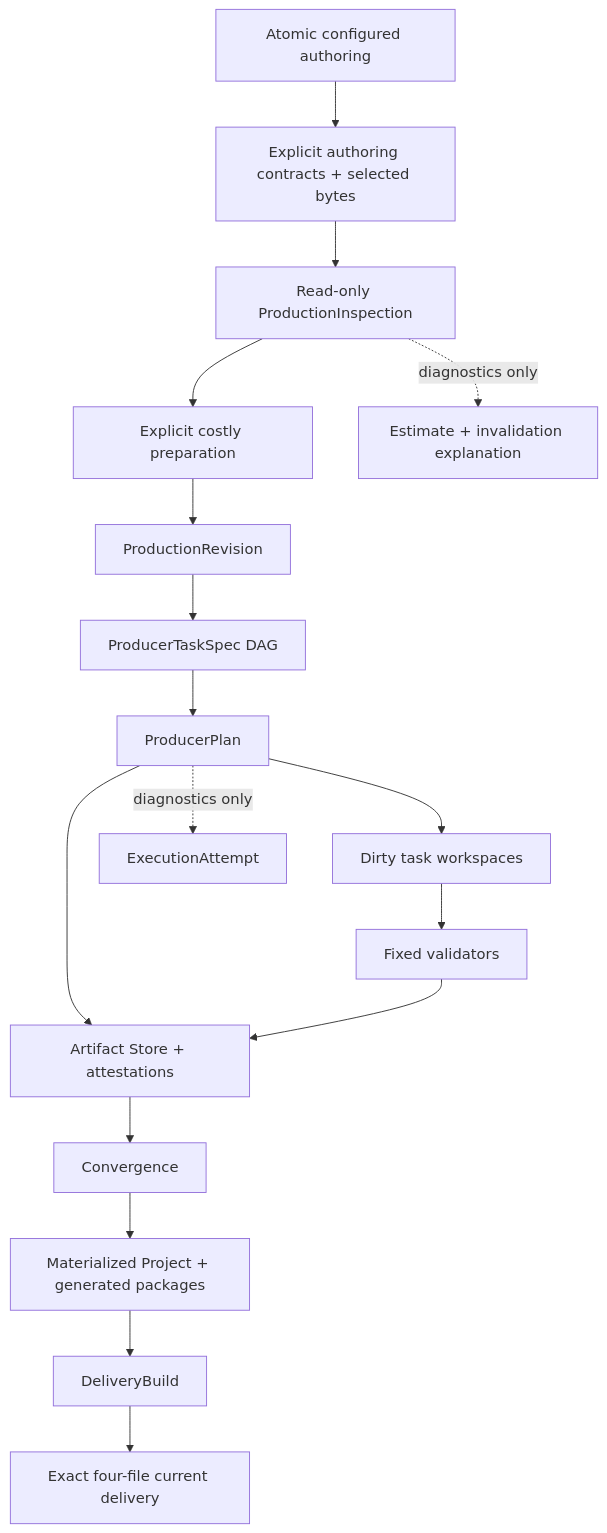
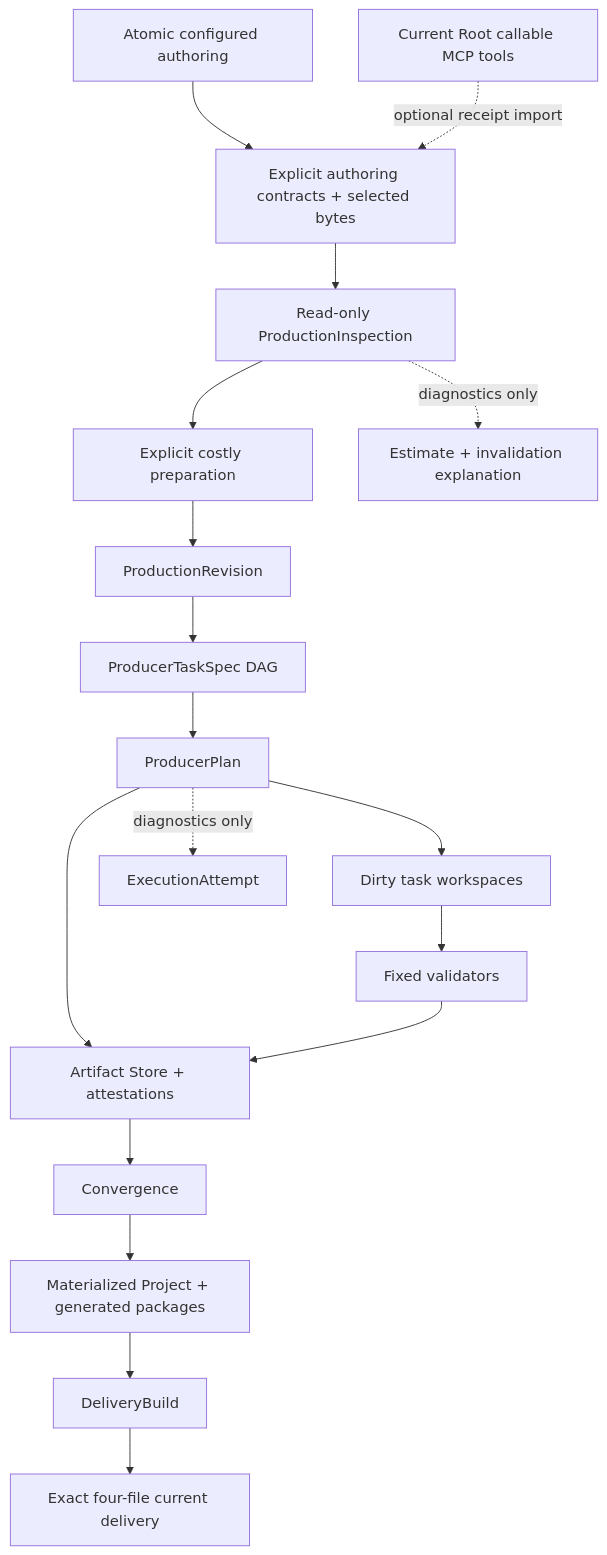
Before and after one commit to AXMORF/axmorf-studio: the diagram in docs/ARCHITECTURE.md, drawn with Mermaid. The commit also changed other lines of this file and 10 other files, not shown here.

Commit message:
feat(production): make external asset MCP optional

````diff
--- a/docs/ARCHITECTURE.md
+++ b/docs/ARCHITECTURE.md
@@ -29,19 +29,20 @@
 ```mermaid
 flowchart TD
   Create[Atomic configured authoring] --> Inputs[Explicit authoring contracts + selected bytes]
+  AgentTools[Current Root callable MCP tools] -. optional receipt import .-> Inputs
   Inputs --> Inspection[Read-only ProductionInspection]
   Inspection --> Prepare[Explicit costly preparation]
   Prepare --> Revision[ProductionRevision]
   Revision --> Tasks[ProducerTaskSpec DAG]
   Tasks --> Plan[ProducerPlan]
   Plan --> Work[Dirty task workspaces]
   Plan --> Artifacts[Reused artifacts]
   Work --> Validator[Fixed validators]
   Validator --> Artifacts[Artifact Store + attestations]
   Artifacts --> Converge[Convergence]
   Converge --> Live[Materialized Project + generated packages]
   Live --> Delivery[DeliveryBuild]
   Delivery --> Current[Exact four-file current delivery]
   Inspection -. diagnostics only .-> Explanation[Estimate + invalidation explanation]
   Plan -. diagnostics only .-> Attempt[ExecutionAttempt]
 ```
````
